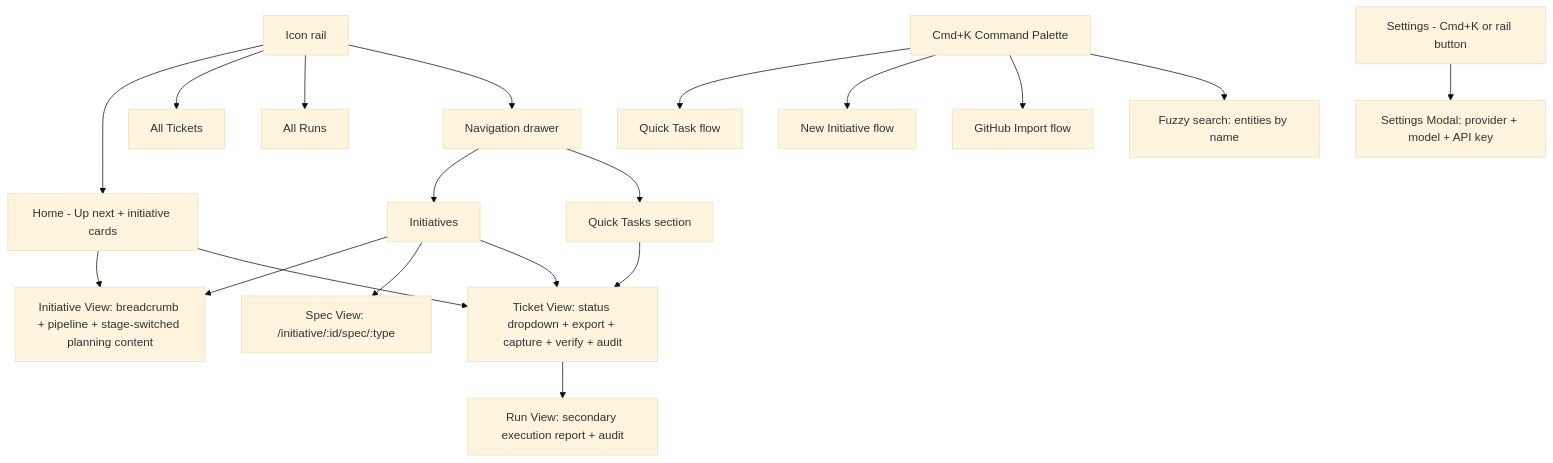
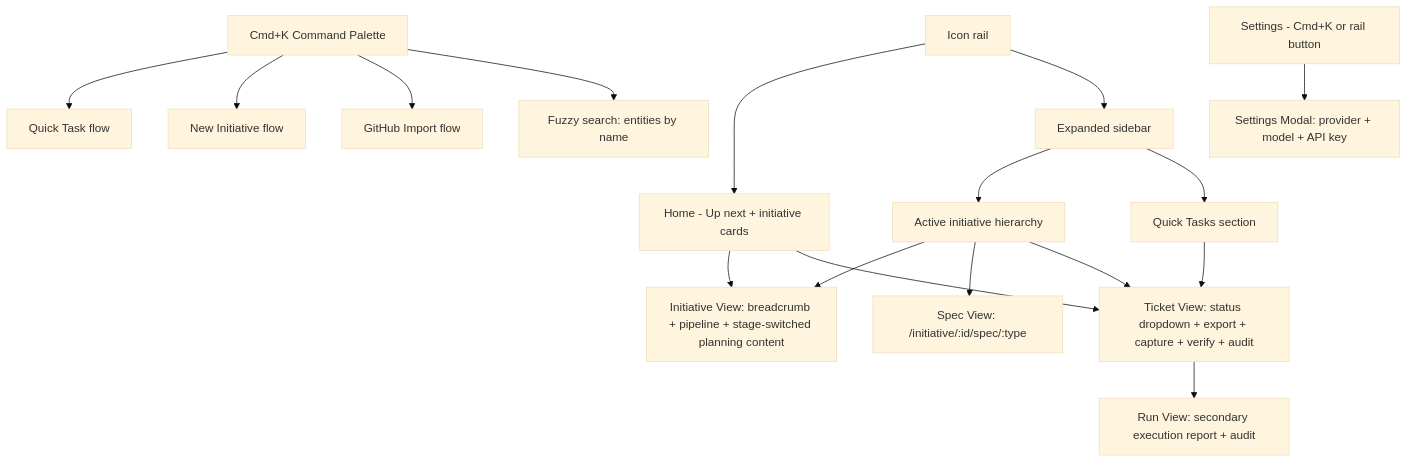
Before and after one commit to mtmitchel/SpecFlow: the second of 2 diagrams in docs/workflows.md, drawn with Mermaid (base theme). The commit also changed other lines of this file and 32 other files, not shown here.

````diff
--- a/docs/workflows.md
+++ b/docs/workflows.md
@@ -152,23 +152,21 @@
 ```mermaid
 graph TD
     Rail[Icon rail] --> Home[Home - Up next + initiative cards]
-    Rail --> Tickets[All Tickets]
-    Rail --> Runs[All Runs]
-    Rail --> Drawer[Navigation drawer]
-    Drawer --> Initiatives
-    Drawer --> QuickTasks[Quick Tasks section]
+    Rail --> Sidebar[Expanded sidebar]
+    Sidebar --> Initiatives[Active initiative hierarchy]
+    Sidebar --> QuickTasks[Quick Tasks section]
     CmdK[Cmd+K Command Palette] --> QT[Quick Task flow]
     CmdK --> NI[New Initiative flow]
     CmdK --> GH[GitHub Import flow]
     CmdK --> Search[Fuzzy search: entities by name]
 
     Home --> InitiativeView[Initiative View: breadcrumb + pipeline + stage-switched planning content]
     Initiatives --> InitiativeView
     Initiatives --> SpecView[Spec View: /initiative/:id/spec/:type]
     Initiatives --> TicketView
     Home --> TicketView
     QuickTasks --> TicketView[Ticket View: status dropdown + export + capture + verify + audit]
     TicketView --> RunView[Run View: secondary execution report + audit]
 
     Settings[Settings - Cmd+K or rail button] --> SettingsModal[Settings Modal: provider + model + API key]
 ```
````
